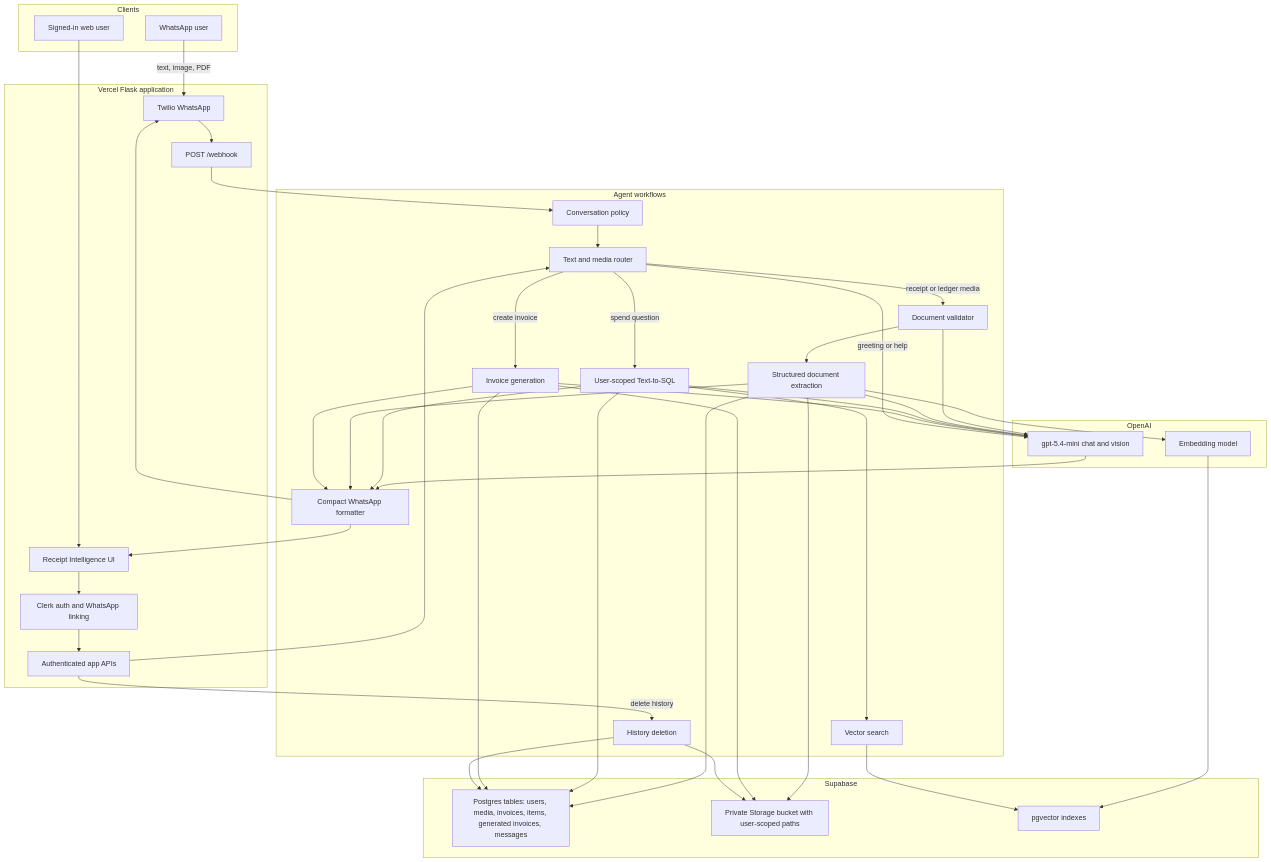
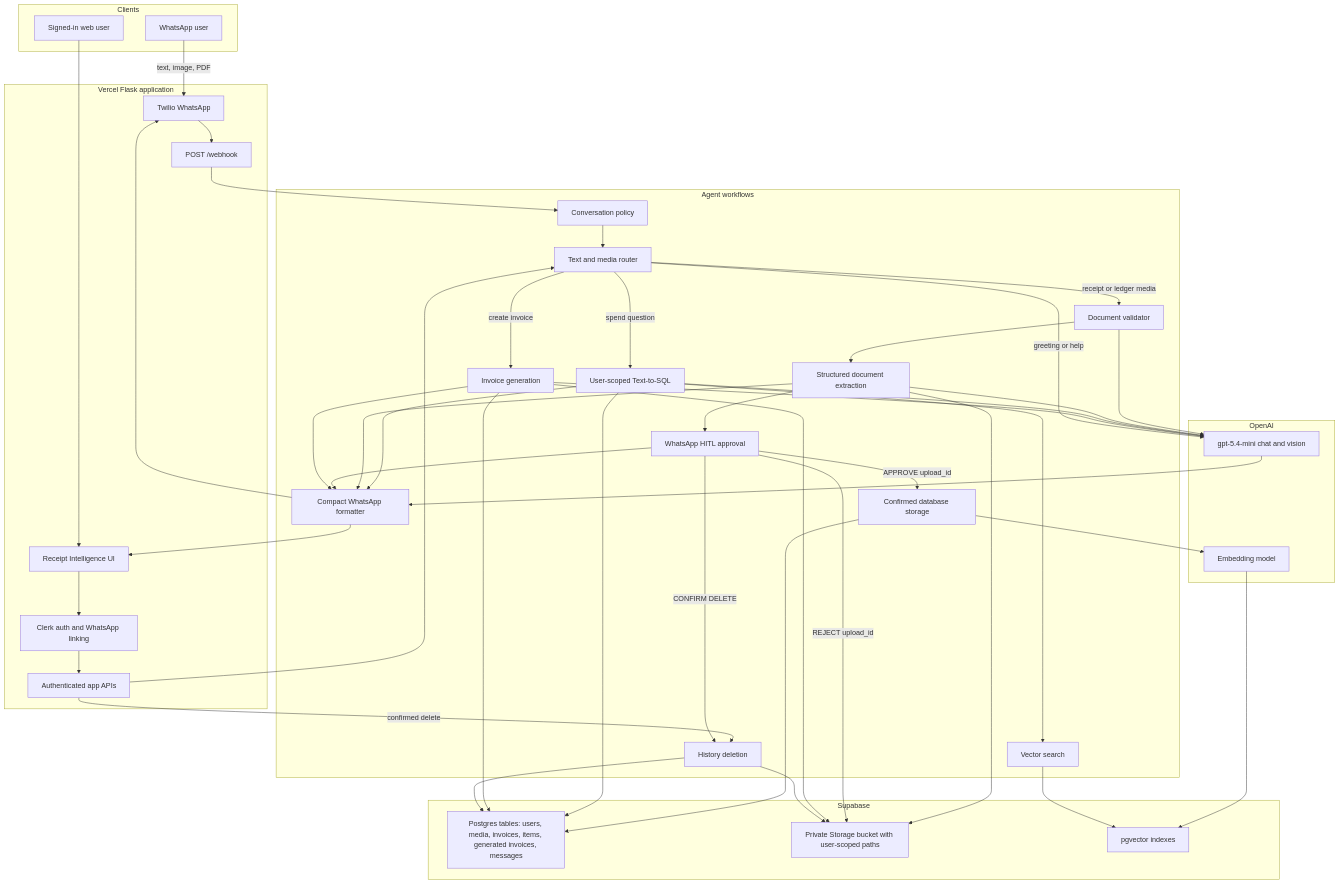
The diagram in README.md (Abby263/whatsapp-invoice-assistant), drawn with Mermaid before and after one commit. The commit also changed other lines of this file and 15 other files, not shown here.

Commit message:
Add WhatsApp HITL approval workflow

```diff
--- a/README.md
+++ b/README.md
@@ -74,6 +74,8 @@
         ROUTER["Text and media router"]
         VALIDATOR["Document validator"]
         EXTRACTOR["Structured document extraction"]
+        HITL["WhatsApp HITL approval"]
+        STORE["Confirmed database storage"]
         SQL["User-scoped Text-to-SQL"]
         RAG["Vector search"]
         GENERATOR["Invoice generation"]
@@ -106,8 +108,11 @@
     VALIDATOR --> EXTRACTOR
     EXTRACTOR --> CHAT
     EXTRACTOR --> STORAGE
-    EXTRACTOR --> DB
-    EXTRACTOR --> EMBED
+    EXTRACTOR --> HITL
+    HITL -->|"APPROVE upload_id"| STORE
+    HITL -->|"REJECT upload_id"| STORAGE
+    STORE --> DB
+    STORE --> EMBED
     EMBED --> VECTOR
 
     ROUTER -->|"spend question"| SQL
@@ -121,7 +126,8 @@
     GENERATOR --> DB
     GENERATOR --> STORAGE
 
-    API -->|"delete history"| HIST
+    API -->|"confirmed delete"| HIST
+    HITL -->|"CONFIRM DELETE"| HIST
     HIST --> DB
     HIST --> STORAGE
 
@@ -129,6 +135,7 @@
     CHAT --> FORMATTER
     SQL --> FORMATTER
     EXTRACTOR --> FORMATTER
+    HITL --> FORMATTER
     GENERATOR --> FORMATTER
     FORMATTER --> TW
     FORMATTER --> DASH
```
